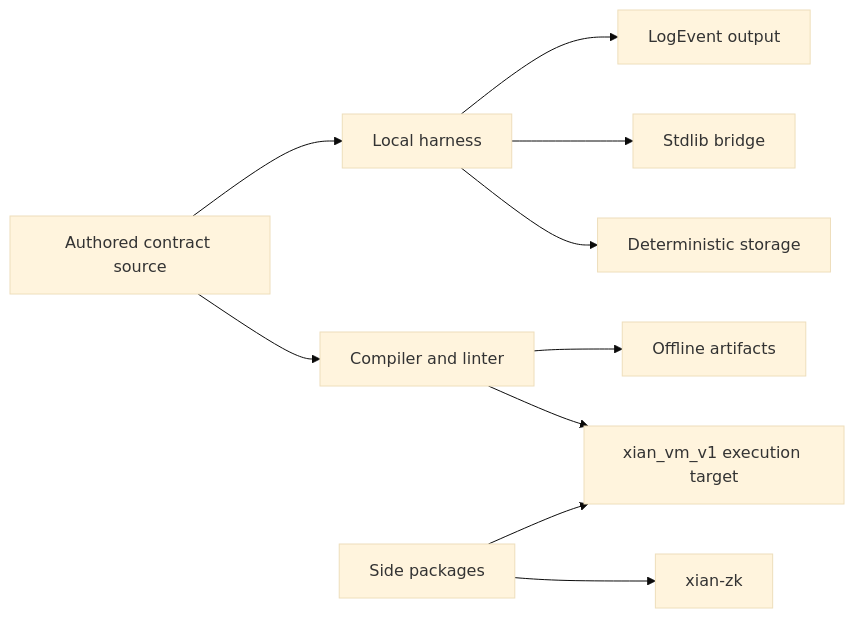
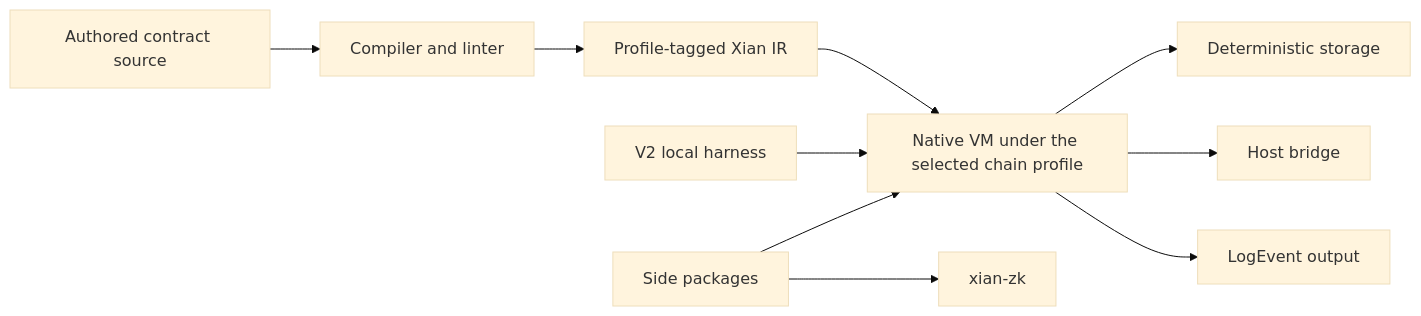
One commit to xian-technology/xian-contracting changed the diagram in README.md. Above: the diagram before and after it, drawn with Mermaid (base theme). The commit also changed other lines of this file and 2 other files, not shown here.

Commit message:
Show profile selection and source installation for the native V2 harness

````diff
--- a/README.md
+++ b/README.md
@@ -15,12 +15,12 @@
 ```mermaid
 flowchart LR
   Source["Authored contract source"] --> Compiler["Compiler and linter"]
-  Compiler --> Artifact["Offline artifacts"]
-  Compiler --> VM["xian_vm_v1 execution target"]
-  Source --> Executor["Local harness"]
-  Executor --> Storage["Deterministic storage"]
-  Executor --> Stdlib["Stdlib bridge"]
-  Executor --> Events["LogEvent output"]
+  Compiler --> Artifact["Profile-tagged Xian IR"]
+  Artifact --> VM["Native VM under the selected chain profile"]
+  Executor["V2 local harness"] --> VM
+  VM --> Storage["Deterministic storage"]
+  VM --> Stdlib["Host bridge"]
+  VM --> Events["LogEvent output"]
   Packages["Side packages"] --> VM
   Packages --> ZK["xian-zk"]
 ```
````
